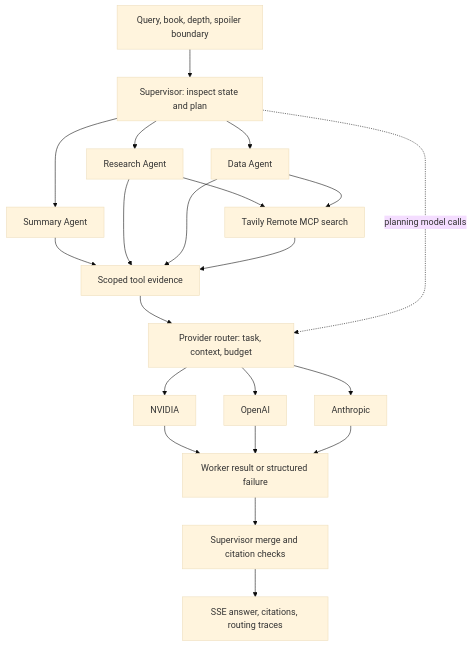
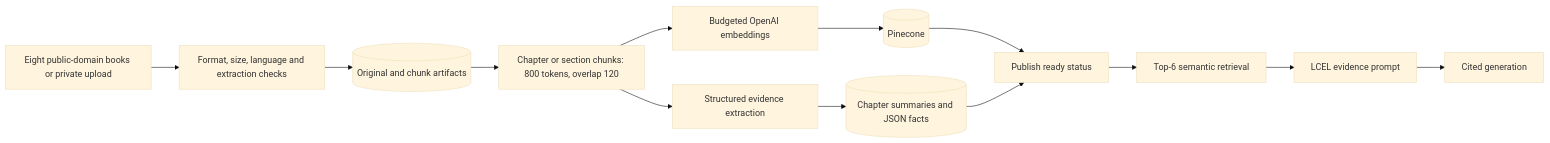
Before and after one commit to Arya-Wadhwani07/book_reader: the second of 4 diagrams in docs/architecture.md, drawn with Mermaid (base theme). The commit also changed other lines of this file and 44 other files, not shown here.

````diff
--- a/docs/architecture.md
+++ b/docs/architecture.md
@@ -79,23 +45,15 @@
 ```mermaid
-flowchart TD
-    U[Query, book, depth, spoiler boundary] --> S[Supervisor: inspect state and plan]
-    S --> A[Summary Agent]
-    S --> B[Research Agent]
-    S --> C[Data Agent]
-    A --> E[Scoped tool evidence]
-    B --> E
-    C --> E
-    B --> T[Tavily Remote MCP search]
-    C --> T
-    T --> E
-    E --> R[Provider router: task, context, budget]
-    S -. planning model calls .-> R
-    R --> N[NVIDIA]
-    R --> O[OpenAI]
-    R --> H[Anthropic]
-    N --> W[Worker result or structured failure]
-    O --> W
-    H --> W
-    W --> M[Supervisor merge and citation checks]
-    M --> UI[SSE answer, citations, routing traces]
+flowchart LR
+    B[Eight public-domain books or private upload] --> V[Format, size, language and extraction checks]
+    V --> A[(Original and chunk artifacts)]
+    A --> C[Chapter or section chunks: 800 tokens, overlap 120]
+    C --> E[Budgeted OpenAI embeddings]
+    E --> P[(Pinecone)]
+    C --> X[Structured evidence extraction]
+    X --> J[(Chapter summaries and JSON facts)]
+    P --> READY[Publish ready status]
+    J --> READY
+    READY --> RET[Top-6 semantic retrieval]
+    RET --> AUG[LCEL evidence prompt]
+    AUG --> GEN[Cited generation]
 ```
````
